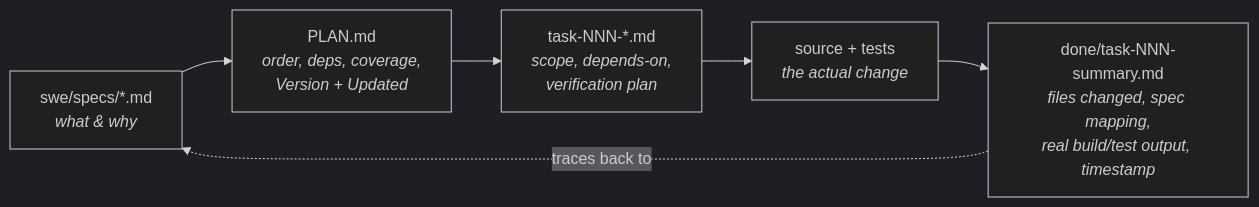
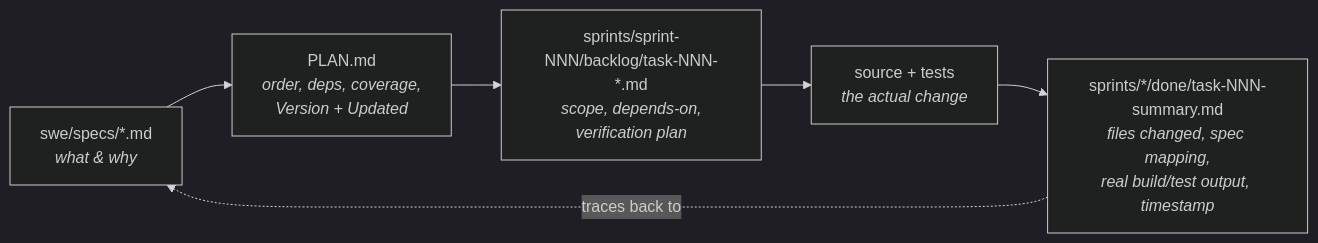
The third of 3 diagrams in README.md (avatsaev/av-swe-skill), drawn with Mermaid (dark theme) before and after one commit. The commit also changed other lines of this file and 11 other files, not shown here.

Commit message:
Docs: move default sprint folders under swe/sprints

````diff
--- a/README.md
+++ b/README.md
@@ -83,8 +83,8 @@
 ```mermaid
 flowchart LR
     S["swe/specs/*.md<br/><i>what & why</i>"] --> P["PLAN.md<br/><i>order, deps, coverage,<br/>Version + Updated</i>"]
-    P --> T["task-NNN-*.md<br/><i>scope, depends-on,<br/>verification plan</i>"]
+    P --> T["sprints/sprint-NNN/backlog/task-NNN-*.md<br/><i>scope, depends-on,<br/>verification plan</i>"]
     T --> SRC["source + tests<br/><i>the actual change</i>"]
-    SRC --> SUM["done/task-NNN-summary.md<br/><i>files changed, spec mapping,<br/>real build/test output, timestamp</i>"]
+    SRC --> SUM["sprints/*/done/task-NNN-summary.md<br/><i>files changed, spec mapping,<br/>real build/test output, timestamp</i>"]
     SUM -.->|"traces back to"| S
 ```
````
